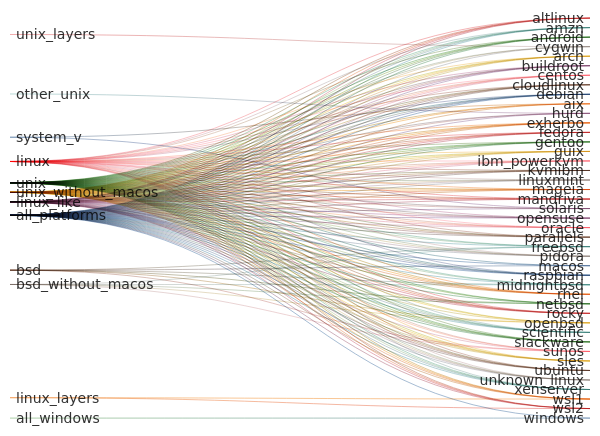
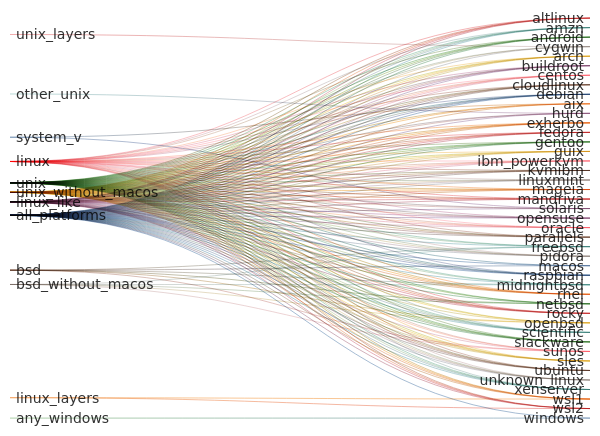
One commit to kdeldycke/extra-platforms changed the first of 3 diagrams in readme.md. Above: the diagram before and after it, drawn with Mermaid. The commit also changed other lines of this file and 4 other files, not shown here.

Commit message:
Rename ALL_WINDOWS group to ANY_WINDOWS

````diff
--- a/readme.md
+++ b/readme.md
@@ -370,5 +370,5 @@
 linux_layers,wsl2,1
 unix_layers,cygwin,1
 other_unix,hurd,1
-all_windows,windows,1
+any_windows,windows,1
 ```
````
